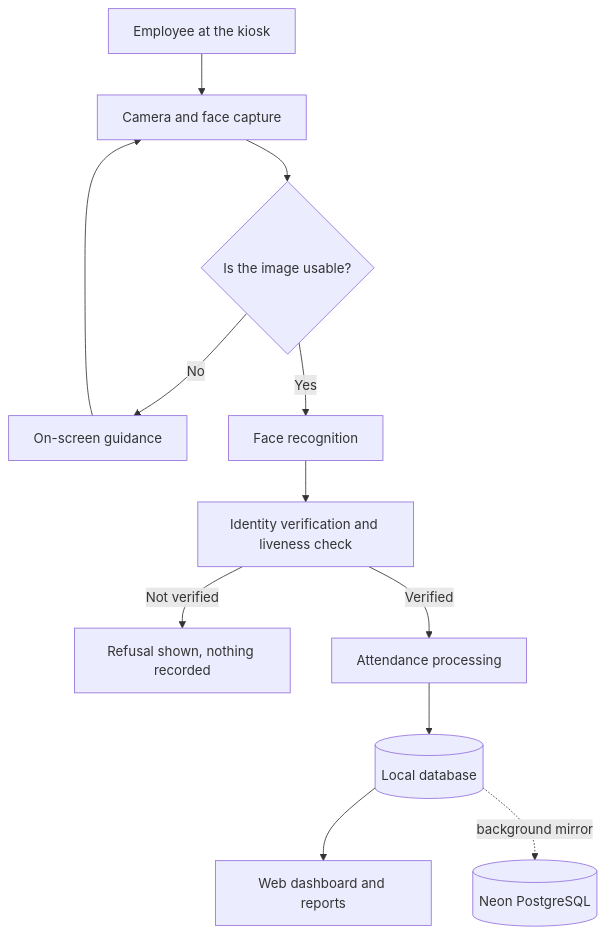
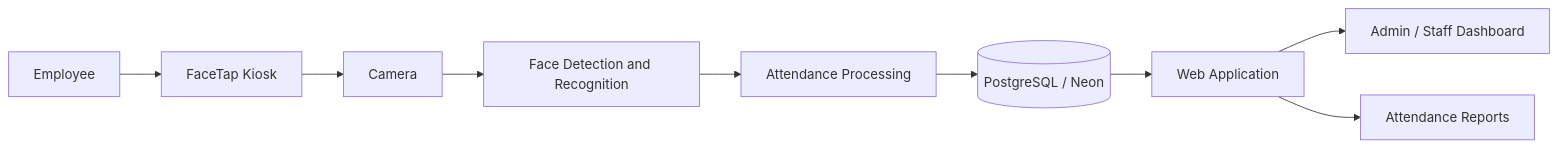
One commit to jlbcz/FaceTap changed the diagram in README.md. Above: the diagram before and after it, drawn with Mermaid. The commit also changed other lines of this file and 1 other file, not shown here.

````diff
--- a/README.md
+++ b/README.md
@@ -93,14 +114,11 @@
 ```mermaid
-flowchart TD
-    A[Employee at the kiosk] --> B[Camera and face capture]
-    B --> C{Is the image usable?}
-    C -- No --> D[On-screen guidance]
-    D --> B
-    C -- Yes --> E[Face recognition]
-    E --> F[Identity verification and liveness check]
-    F -- Not verified --> G[Refusal shown, nothing recorded]
-    F -- Verified --> H[Attendance processing]
-    H --> I[(Local database)]
-    I --> J[Web dashboard and reports]
-    I -. background mirror .-> K[(Neon PostgreSQL)]
+flowchart LR
+    A[Employee] --> B[FaceTap Kiosk]
+    B --> C[Camera]
+    C --> D[Face Detection and Recognition]
+    D --> E[Attendance Processing]
+    E --> F[(PostgreSQL / Neon)]
+    F --> G[Web Application]
+    G --> H[Admin / Staff Dashboard]
+    G --> I[Attendance Reports]
 ```
````
